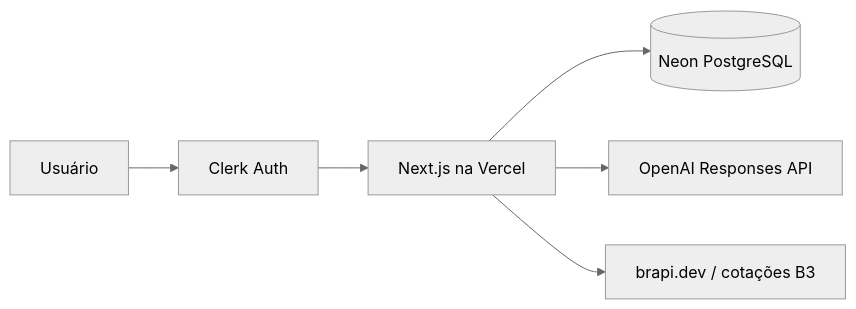
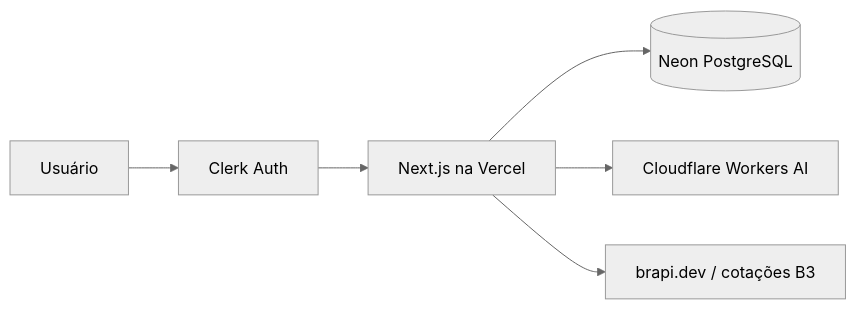
The diagram in README.md (ArthurSgarbi/meu-caixa), drawn with Mermaid (neutral theme) before and after one commit. The commit also changed other lines of this file, not shown here.

Commit message:
feat(assistente): migrar para Workers AI gratuito

````diff
--- a/README.md
+++ b/README.md
@@ -7,8 +7,8 @@
 ```mermaid
 flowchart LR
   U[Usuário] --> C[Clerk Auth]
   C --> N[Next.js na Vercel]
   N --> P[(Neon PostgreSQL)]
-  N --> O[OpenAI Responses API]
+  N --> O[Cloudflare Workers AI]
   N --> B[brapi.dev / cotações B3]
 ```
````
